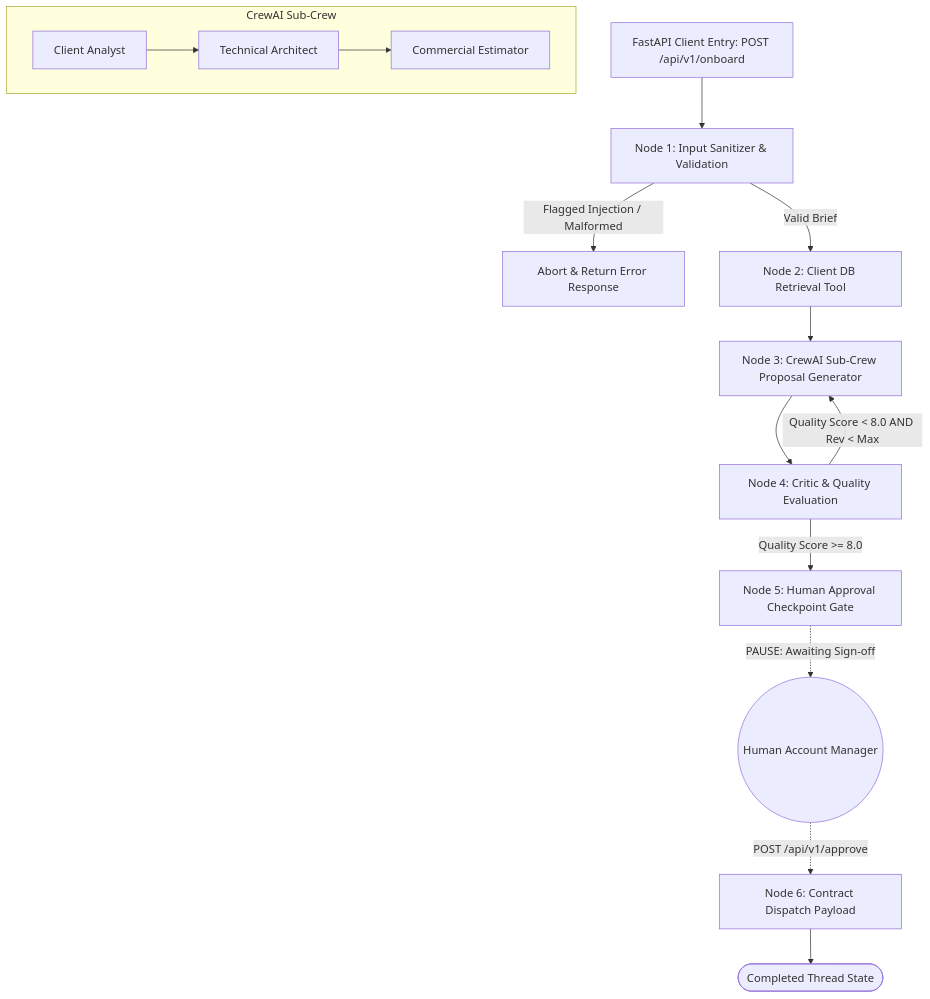
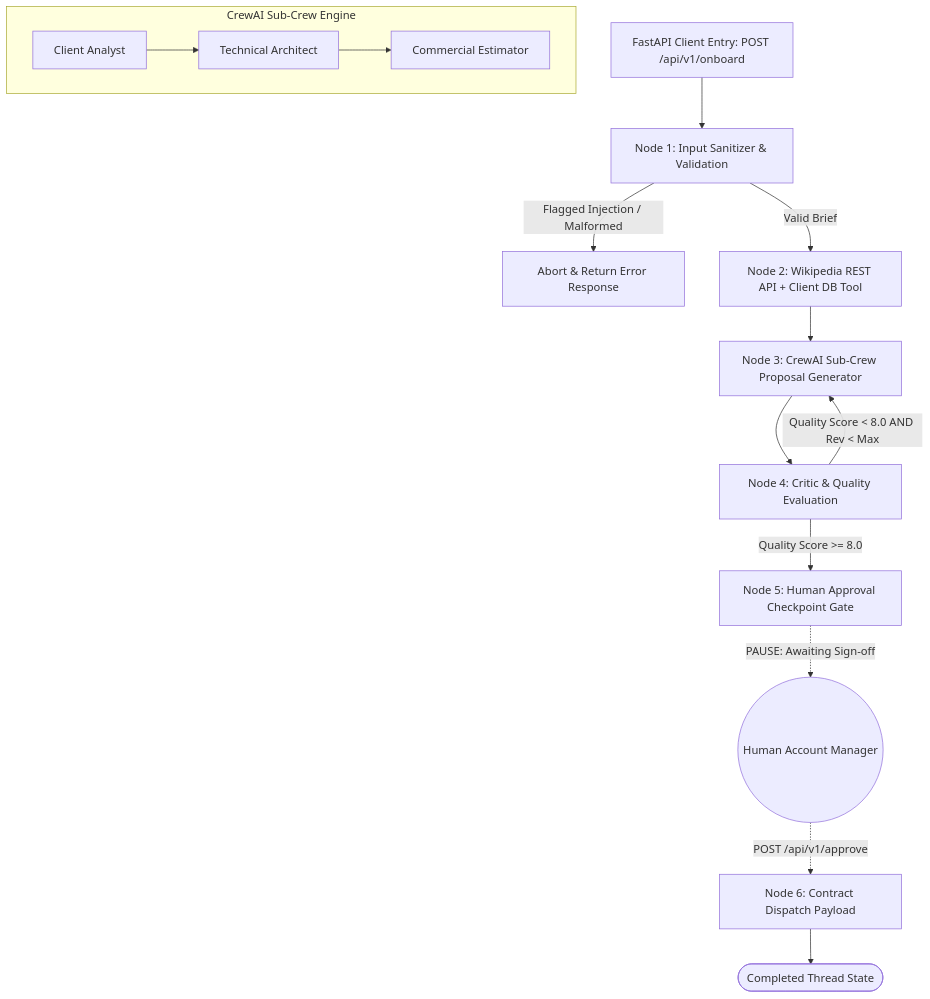
The diagram in Week-5/day-5/writeup.md (Shayaan-aks/netixsol_internship), drawn with Mermaid before and after one commit. The commit also changed other lines of this file and 3 other files, not shown here.

Commit message:
feat(Week-5-Day-5): Integrate live Wikipedia REST API tool into Task 2 onboarding research agent

````diff
--- a/Week-5/day-5/writeup.md
+++ b/Week-5/day-5/writeup.md
@@ -17,23 +17,23 @@
 ```mermaid
 graph TD
     API[FastAPI Client Entry: POST /api/v1/onboard] --> N1[Node 1: Input Sanitizer & Validation]
     
     N1 -->|Flagged Injection / Malformed| END_ERR[Abort & Return Error Response]
-    N1 -->|Valid Brief| N2[Node 2: Client DB Retrieval Tool]
+    N1 -->|Valid Brief| N2[Node 2: Wikipedia REST API + Client DB Tool]
     
     N2 --> N3[Node 3: CrewAI Sub-Crew Proposal Generator]
     
-    subgraph CrewAI Sub-Crew
+    subgraph CrewAI Sub-Crew Engine
         Agent1[Client Analyst] --> Agent2[Technical Architect]
         Agent2 --> Agent3[Commercial Estimator]
     end
     
     N3 --> N4[Node 4: Critic & Quality Evaluation]
     
     N4 -->|Quality Score < 8.0 AND Rev < Max| N3
     N4 -->|Quality Score >= 8.0| N5[Node 5: Human Approval Checkpoint Gate]
     
     N5 -.->|PAUSE: Awaiting Sign-off| HITL((Human Account Manager))
     HITL -.->|POST /api/v1/approve| N6[Node 6: Contract Dispatch Payload]
     N6 --> END([Completed Thread State])
 ```
````
